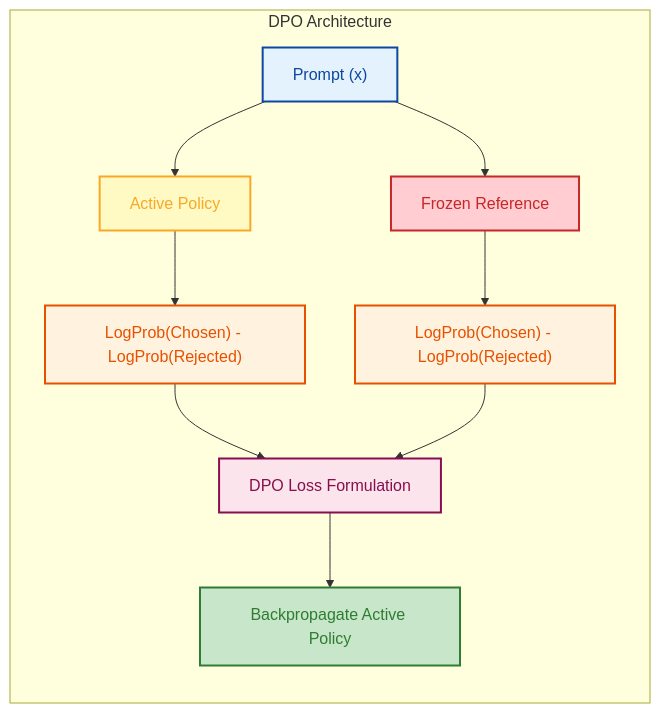
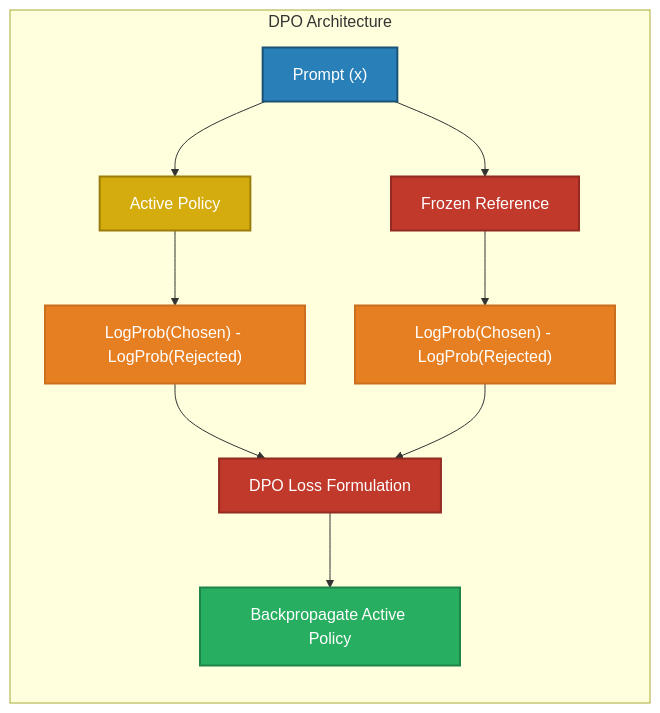
One commit to GyanendraChaubey/AI-Engineering-Notes changed the second of 2 diagrams in docs/09-preference-alignment/README.md. Above: the diagram before and after it, drawn with Mermaid. The commit also changed other lines of this file and 15 other files, not shown here.

Commit message:
style: replace all Mermaid diagram colors with saturated palette + white text for dark mode compatibility (321 changes across 16 files)

````diff
--- a/docs/09-preference-alignment/README.md
+++ b/docs/09-preference-alignment/README.md
@@ -110,22 +110,22 @@
 ```mermaid
 flowchart LR
     subgraph DPO_Training ["DPO Architecture"]
         A["Prompt (x)"] --> B["Active Policy"]
         A --> C["Frozen Reference"]
         
         B --> D["LogProb(Chosen) - LogProb(Rejected)"]
         C --> E["LogProb(Chosen) - LogProb(Rejected)"]
         
         D --> F["DPO Loss Formulation"]
         E --> F
         
         F --> G["Backpropagate Active Policy"]
     end
-    style A fill:#e3f2fd,stroke:#0d47a1,stroke-width:2px,color:#0d47a1
-    style B fill:#fff9c4,stroke:#f9a825,stroke-width:2px,color:#f9a825
-    style C fill:#ffcdd2,stroke:#c62828,stroke-width:2px,color:#c62828
-    style D fill:#fff3e0,stroke:#e65100,stroke-width:2px,color:#e65100
-    style E fill:#fff3e0,stroke:#e65100,stroke-width:2px,color:#e65100
-    style F fill:#fce4ec,stroke:#880e4f,stroke-width:2px,color:#880e4f
-    style G fill:#c8e6c9,stroke:#2e7d32,stroke-width:2px,color:#2e7d32
+    style A fill:#2980B9,stroke:#1A5276,stroke-width:2px,color:#FFFFFF
+    style B fill:#D4AC0D,stroke:#9A7D0A,stroke-width:2px,color:#FFFFFF
+    style C fill:#C0392B,stroke:#922B21,stroke-width:2px,color:#FFFFFF
+    style D fill:#E67E22,stroke:#CA6F1E,stroke-width:2px,color:#FFFFFF
+    style E fill:#E67E22,stroke:#CA6F1E,stroke-width:2px,color:#FFFFFF
+    style F fill:#C0392B,stroke:#922B21,stroke-width:2px,color:#FFFFFF
+    style G fill:#27AE60,stroke:#1E8449,stroke-width:2px,color:#FFFFFF
 ```
````
